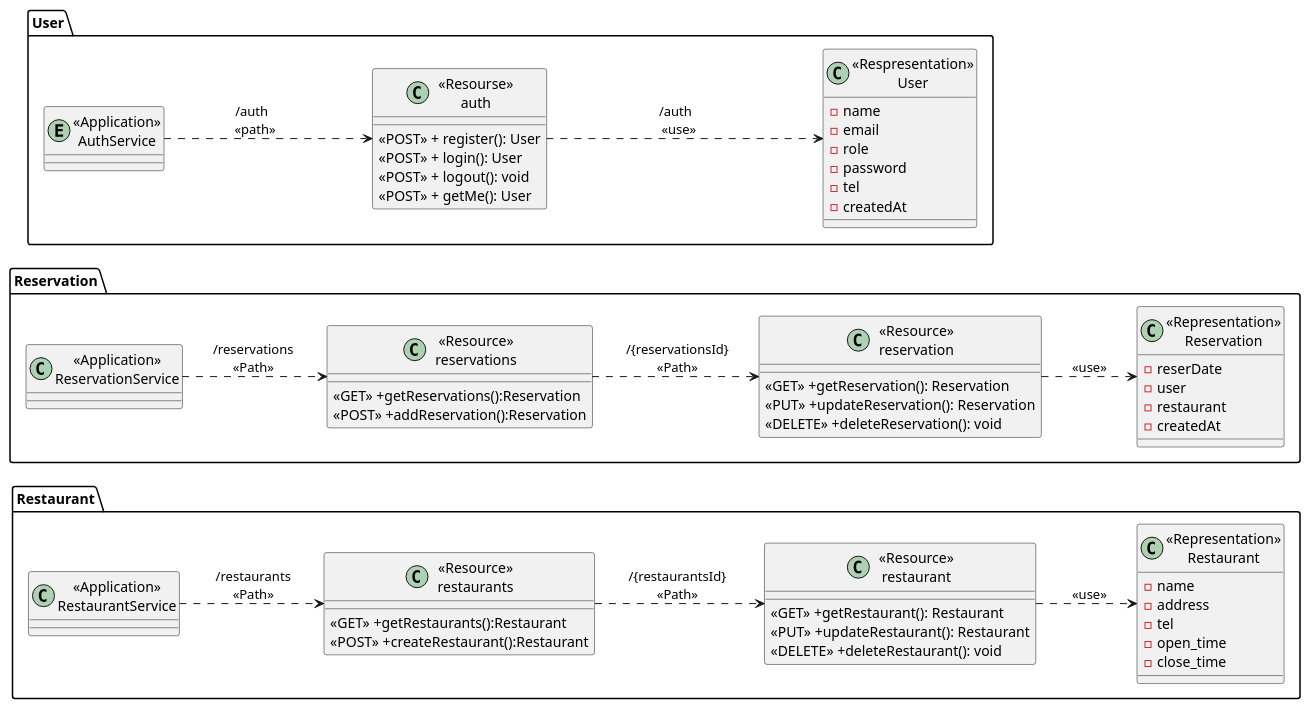
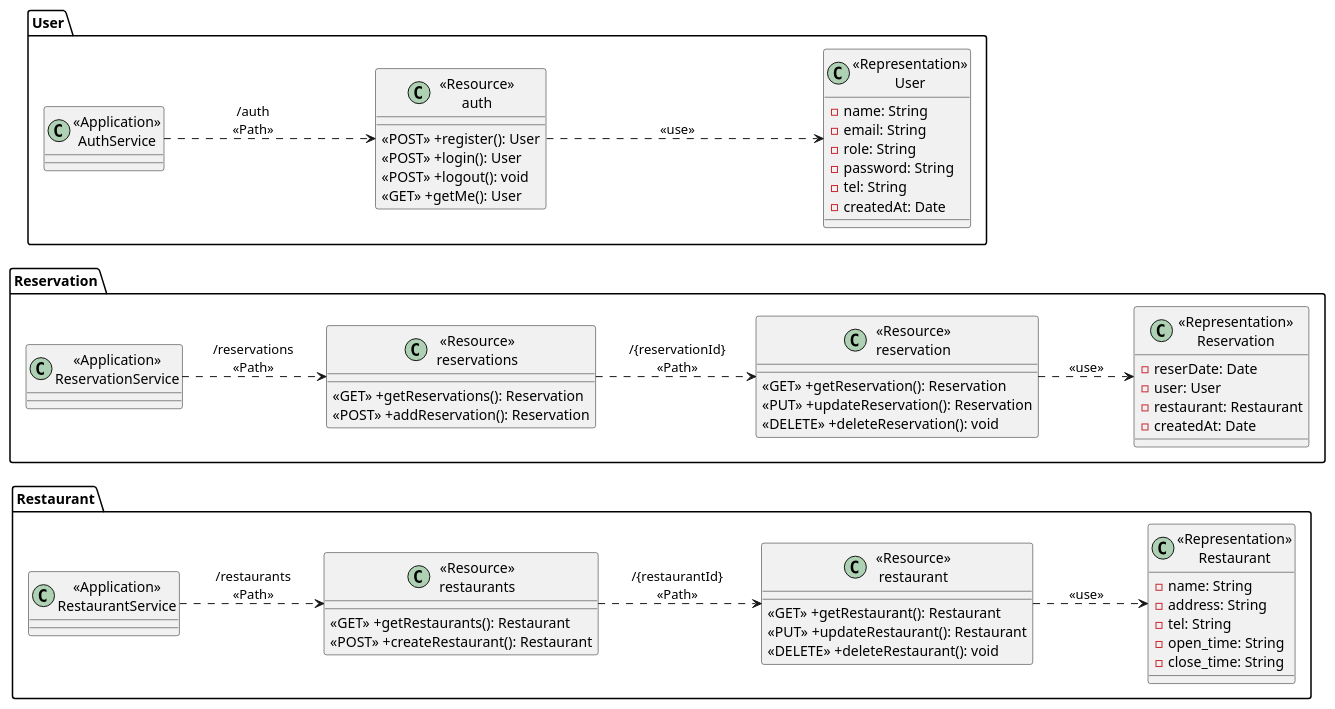
Before and after one commit to Sun-sh1nee/Backend-Restaurant: the diagram in diagram/Class.puml, drawn with PlantUML. The commit also changed 1 other file, not shown here.

```diff
--- a/diagram/Class.puml
+++ b/diagram/Class.puml
@@ -1,86 +1,80 @@
 @startuml Class_Diagram
 left to right direction
-package "Restaurant"{
-    class "<<Application>>\nRestaurantService" as RestaurantService{}
 
-    class "<<Resource>>\nrestaurants" as ResourceRestaurants{
-        <<GET>> +getRestaurants():Restaurant
-        <<POST>> +createRestaurant():Restaurant
+package "Restaurant" {
+    class "<<Application>>\nRestaurantService" as RestaurantService {}
+
+    class "<<Resource>>\nrestaurants" as ResourceRestaurants {
+        <<GET>> +getRestaurants(): Restaurant
+        <<POST>> +createRestaurant(): Restaurant
     }
 
     class "<<Resource>>\nrestaurant" as ResourceRestaurant {
         <<GET>> +getRestaurant(): Restaurant
         <<PUT>> +updateRestaurant(): Restaurant
         <<DELETE>> +deleteRestaurant(): void
     }
 
     class "<<Representation>>\nRestaurant" as RepresentationRestaurant {
-        -name
-        -address
-        -tel
-        -open_time
-        -close_time
-
+        -name: String
+        -address: String
+        -tel: String
+        -open_time: String
+        -close_time: String
     }
-
 }
 
-package "Reservation"{
-    class "<<Application>>\nReservationService" as ReservationService{}
+package "Reservation" {
+    class "<<Application>>\nReservationService" as ReservationService {}
 
     class "<<Resource>>\nreservations" as ResourceReservations {
-        <<GET>> +getReservations():Reservation
-        <<POST>> +addReservation():Reservation
+        <<GET>> +getReservations(): Reservation
+        <<POST>> +addReservation(): Reservation
     }
 
     class "<<Resource>>\nreservation" as ResourceReservation {
         <<GET>> +getReservation(): Reservation
         <<PUT>> +updateReservation(): Reservation
         <<DELETE>> +deleteReservation(): void
     }
 
     class "<<Representation>>\nReservation" as RepresentationReservation {
-        -reserDate
-        -user
-        -restaurant
-        -createdAt
-    }
-
-}
-
-package "User"{
-    entity "<<Application>>\nAuthService" as user
-
-
-    class "<<Resourse>>\nauth" as noId{
-        <<POST>> + register(): User
-        <<POST>> + login(): User
-        <<POST>> + logout(): void
-        <<POST>> + getMe(): User
-    }
-
-    class "<<Respresentation>>\nUser" as schema {
-        -name
-        -email
-        -role
-        -password
-        -tel
-        -createdAt
+        -reserDate: Date
+        -user: User
+        -restaurant: Restaurant
+        -createdAt: Date
     }
 }
 
-RestaurantService ..> ResourceRestaurants:"/restaurants\n<<Path>>"
-ResourceRestaurants ..> ResourceRestaurant: "/{restaurantsId}\n<<Path>>"
-ResourceRestaurant ..> RepresentationRestaurant: "<<use>>"
+package "User" {
+    class "<<Application>>\nAuthService" as AuthService {}
 
+    class "<<Resource>>\nauth" as ResourceAuth {
+        <<POST>> +register(): User
+        <<POST>> +login(): User
+        <<POST>> +logout(): void
+        <<GET>> +getMe(): User
+    }
 
-ReservationService ..> ResourceReservations:"/reservations\n<<Path>>"
-ResourceReservations ..> ResourceReservation: "/{reservationsId}\n<<Path>>"
-ResourceReservation ..> RepresentationReservation: "<<use>>"
+    class "<<Representation>>\nUser" as RepresentationUser {
+        -name: String
+        -email: String
+        -role: String
+        -password: String
+        -tel: String
+        -createdAt: Date
+    }
+}
 
+RestaurantService ..> ResourceRestaurants : "/restaurants\n<<Path>>"
+ResourceRestaurants ..> ResourceRestaurant : "/{restaurantId}\n<<Path>>"
+ResourceRestaurant ..> RepresentationRestaurant : "<<use>>"
 
+ReservationService ..> ResourceReservations : "/reservations\n<<Path>>"
+ResourceReservations ..> ResourceReservation : "/{reservationId}\n<<Path>>"
+ResourceReservation ..> RepresentationReservation : "<<use>>"
 
-user ..>  noId : /auth \n <<path>>  
-noId ..>  schema : /auth \n <<use>>
+AuthService ..> ResourceAuth : "/auth\n<<Path>>"
+ResourceAuth ..> RepresentationUser : "<<use>>"
 
 @enduml
```
